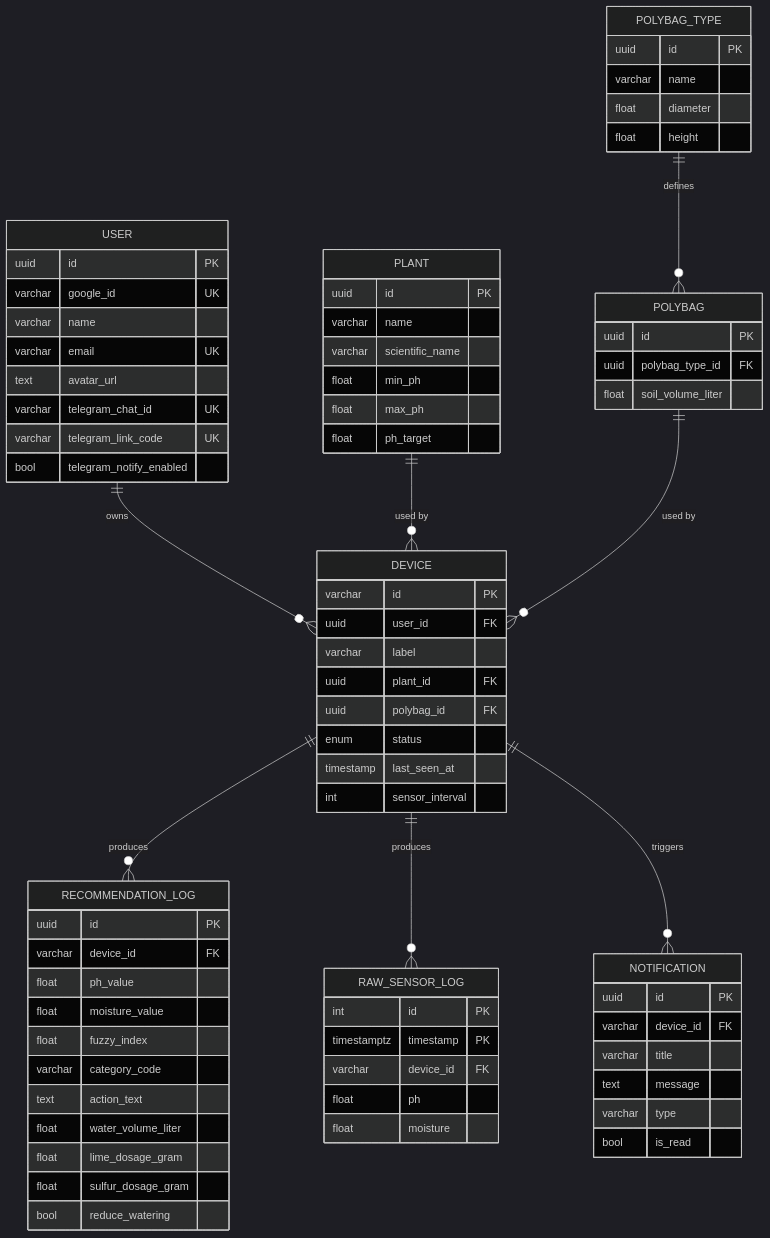
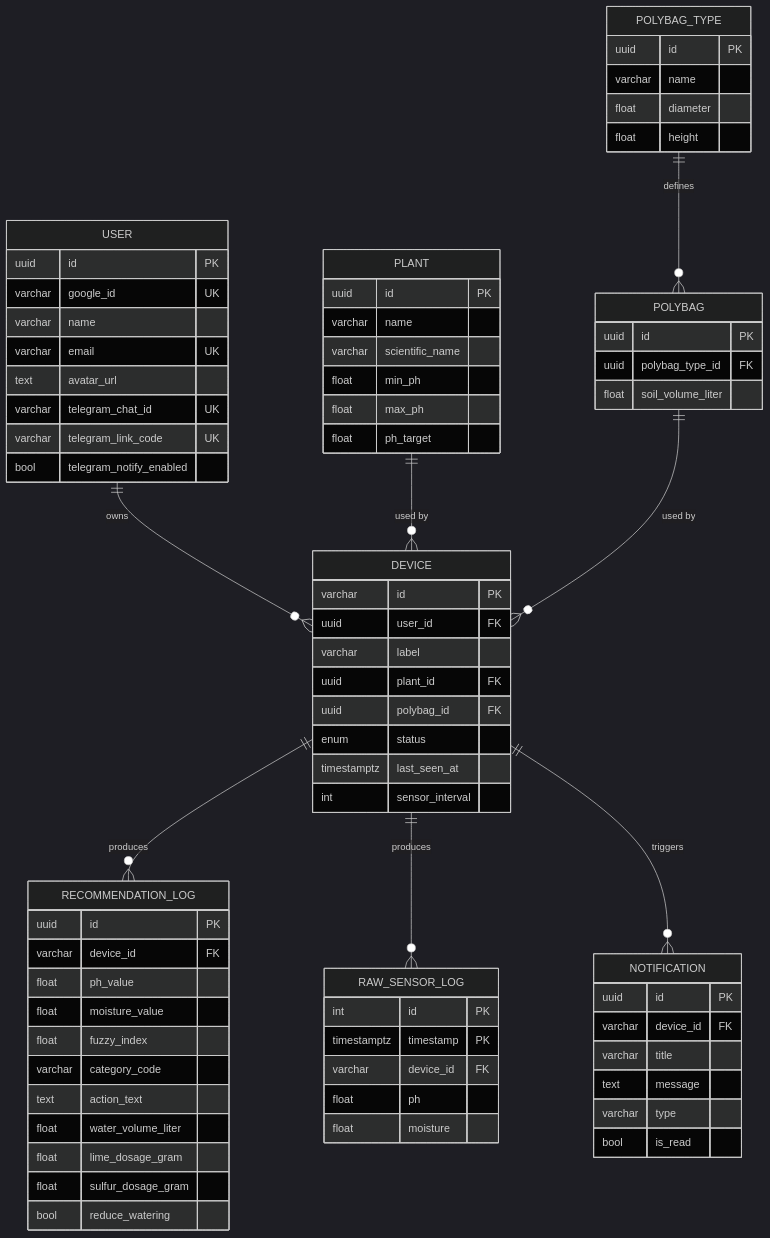
One commit to Capstone2026-E04/Subur.in changed the diagram in docs/architecture/database-schema.md. Above: the diagram before and after it, drawn with Mermaid (dark theme). The commit also changed other lines of this file and 3 other files, not shown here.

````diff
--- a/docs/architecture/database-schema.md
+++ b/docs/architecture/database-schema.md
@@ -20,78 +20,78 @@
 ```mermaid
 erDiagram
     USER ||--o{ DEVICE : owns
     PLANT ||--o{ DEVICE : "used by"
     POLYBAG ||--o{ DEVICE : "used by"
     POLYBAG_TYPE ||--o{ POLYBAG : defines
     DEVICE ||--o{ RECOMMENDATION_LOG : produces
     DEVICE ||--o{ RAW_SENSOR_LOG : produces
     DEVICE ||--o{ NOTIFICATION : triggers
 
     USER {
         uuid id PK
         varchar google_id UK
         varchar name
         varchar email UK
         text avatar_url
         varchar telegram_chat_id UK
         varchar telegram_link_code UK
         bool telegram_notify_enabled
     }
     DEVICE {
         varchar id PK
         uuid user_id FK
         varchar label
         uuid plant_id FK
         uuid polybag_id FK
         enum status
-        timestamp last_seen_at
+        timestamptz last_seen_at
         int sensor_interval
     }
     PLANT {
         uuid id PK
         varchar name
         varchar scientific_name
         float min_ph
         float max_ph
         float ph_target
     }
     POLYBAG_TYPE {
         uuid id PK
         varchar name
         float diameter
         float height
     }
     POLYBAG {
         uuid id PK
         uuid polybag_type_id FK
         float soil_volume_liter
     }
     RECOMMENDATION_LOG {
         uuid id PK
         varchar device_id FK
         float ph_value
         float moisture_value
         float fuzzy_index
         varchar category_code
         text action_text
         float water_volume_liter
         float lime_dosage_gram
         float sulfur_dosage_gram
         bool reduce_watering
     }
     RAW_SENSOR_LOG {
         int id PK
         timestamptz timestamp PK
         varchar device_id FK
         float ph
         float moisture
     }
     NOTIFICATION {
         uuid id PK
         varchar device_id FK
         varchar title
         text message
         varchar type
         bool is_read
     }
 ```
````
